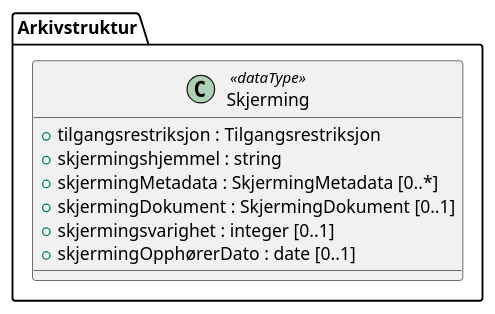
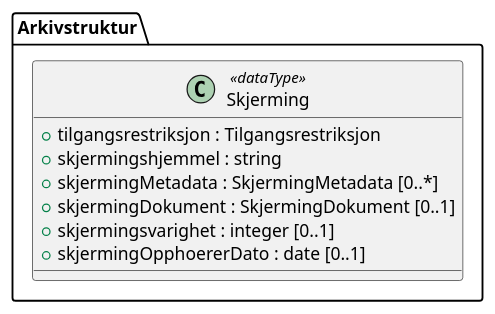
The diagram in kapitler/media/uml-datatype-skjerming.iuml (arkivverket/noark5-tjenestegrensesnitt-standard), drawn with PlantUML before and after one commit. The commit also changed 1 other file, not shown here.

Commit message:
Replace ø with oe in skjermingOpphørerDato.
Fixes #89

```diff
--- a/kapitler/media/uml-datatype-skjerming.iuml
+++ b/kapitler/media/uml-datatype-skjerming.iuml
@@ -1,10 +1,10 @@
 @startuml
 class Arkivstruktur.Skjerming <<dataType>> {
   +tilgangsrestriksjon : Tilgangsrestriksjon
   +skjermingshjemmel : string
   +skjermingMetadata : SkjermingMetadata [0..*]
   +skjermingDokument : SkjermingDokument [0..1]
   +skjermingsvarighet : integer [0..1]
-  +skjermingOpphørerDato : date [0..1]
+  +skjermingOpphoererDato : date [0..1]
 }
 @enduml
```
